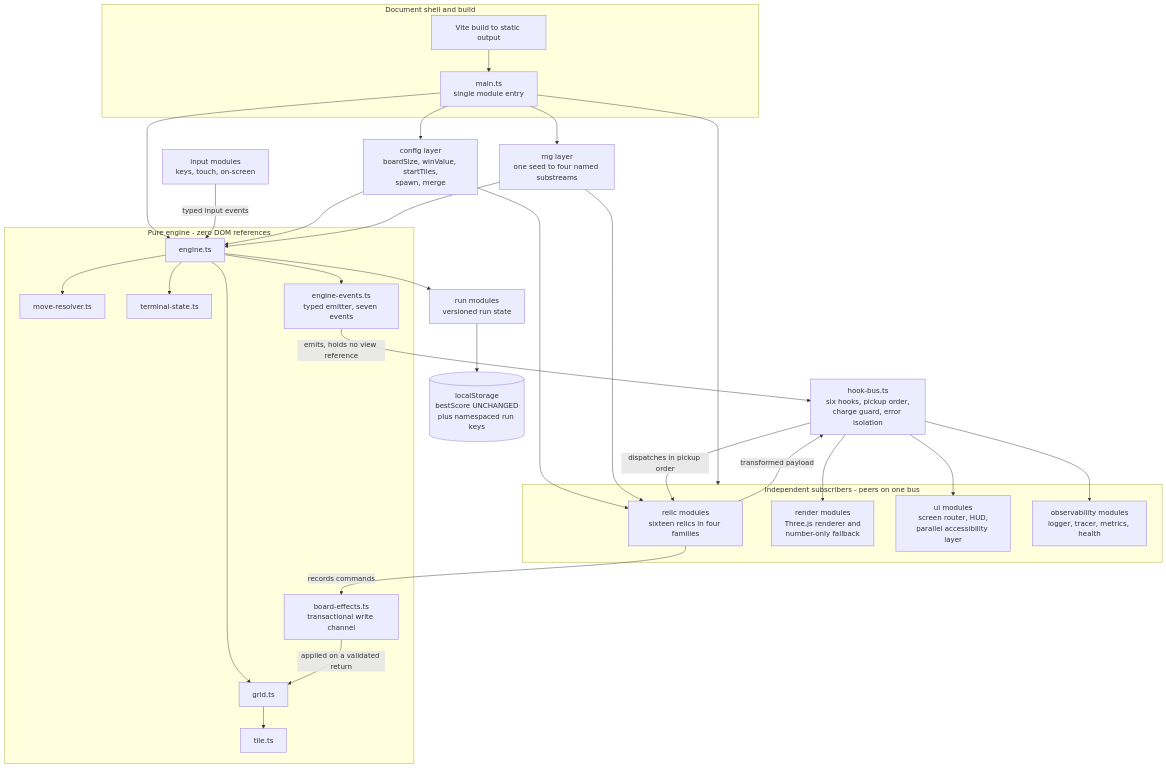
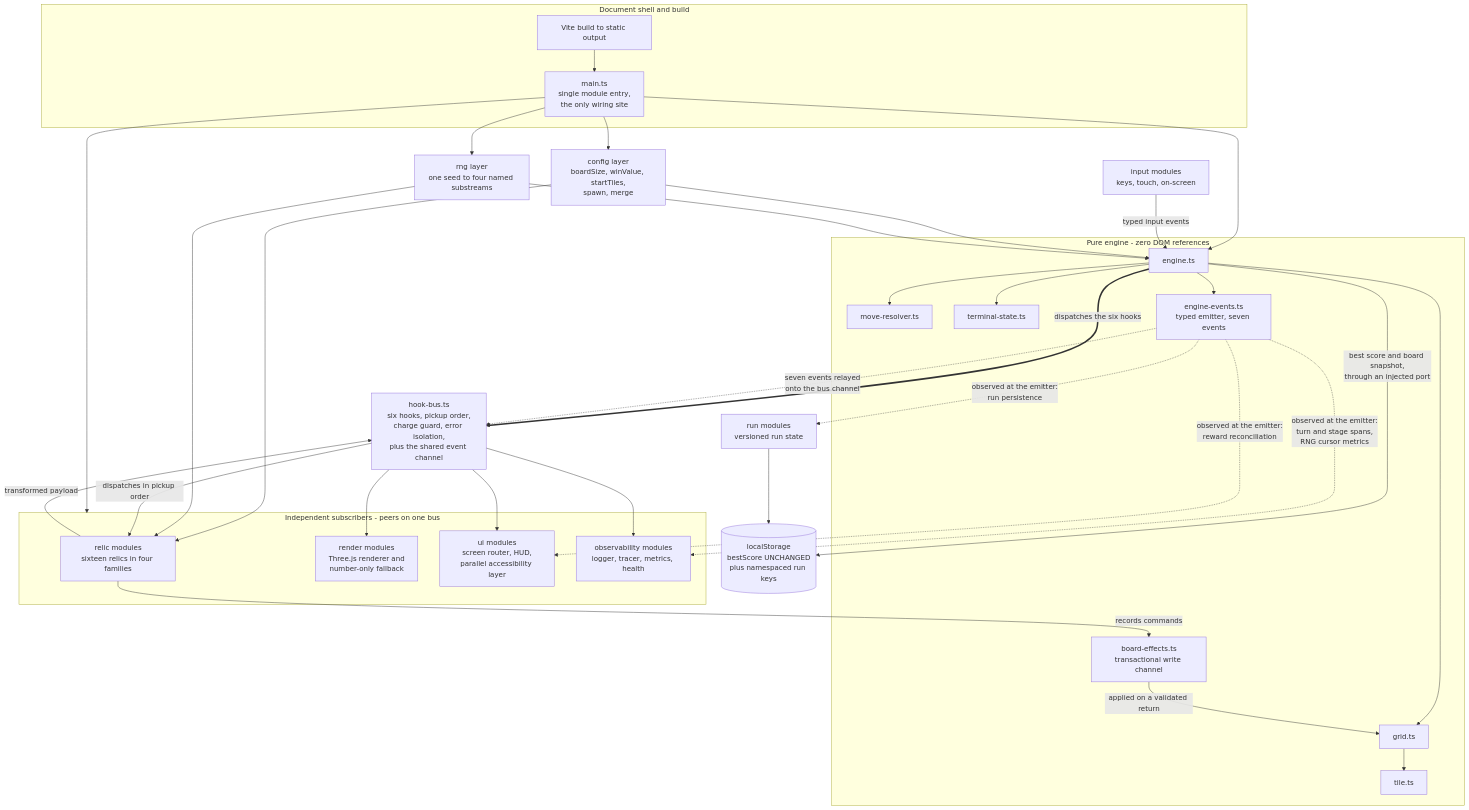
The second of 2 diagrams in docs/architecture/ARCHITECTURE.md (blitzy-public-samples/2048), drawn with Mermaid before and after one commit. The commit also changed other lines of this file and 109 other files, not shown here.

First line of the commit message:
Harden the recorded-gameplay gate, the stage and run domain, and the observability surfaces

````diff
--- a/docs/architecture/ARCHITECTURE.md
+++ b/docs/architecture/ARCHITECTURE.md
@@ -116,53 +116,57 @@
 ```mermaid
 graph TD
   subgraph Shell["Document shell and build"]
-    ENTRY["main.ts<br/>single module entry"]
+    ENTRY["main.ts<br/>single module entry,<br/>the only wiring site"]
     VITE["Vite build to static output"]
   end
   subgraph Core["Pure engine - zero DOM references"]
     ENG["engine.ts"]
     MR["move-resolver.ts"]
     TERM["terminal-state.ts"]
     G2["grid.ts"]
     T2["tile.ts"]
     EV["engine-events.ts<br/>typed emitter, seven events"]
     BE["board-effects.ts<br/>transactional write channel"]
   end
-  BUS["hook-bus.ts<br/>six hooks, pickup order,<br/>charge guard, error isolation"]
+  BUS["hook-bus.ts<br/>six hooks, pickup order,<br/>charge guard, error isolation,<br/>plus the shared event channel"]
   CFG["config layer<br/>boardSize, winValue, startTiles,<br/>spawn, merge"]
   RNG["rng layer<br/>one seed to four named substreams"]
   subgraph Subscribers["Independent subscribers - peers on one bus"]
     REL["relic modules<br/>sixteen relics in four families"]
     REND["render modules<br/>Three.js renderer and<br/>number-only fallback"]
     UI["ui modules<br/>screen router, HUD,<br/>parallel accessibility layer"]
     OBS["observability modules<br/>logger, tracer, metrics, health"]
   end
   RUN["run modules<br/>versioned run state"]
   IN["input modules<br/>keys, touch, on-screen"]
   STORE2[("localStorage<br/>bestScore UNCHANGED<br/>plus namespaced run keys")]
   ENTRY --> CFG
   ENTRY --> RNG
   ENTRY --> ENG
   ENTRY --> Subscribers
   VITE --> ENTRY
   IN -->|"typed input events"| ENG
   ENG --> MR
   ENG --> TERM
   ENG --> G2
   G2 --> T2
   CFG --> ENG
   CFG --> REL
   RNG --> ENG
   RNG --> REL
+  ENG ==>|"dispatches the six hooks"| BUS
   ENG --> EV
-  EV -->|"emits, holds no view reference"| BUS
+  EV -.->|"seven events relayed<br/>onto the bus channel"| BUS
   BUS -->|"dispatches in pickup order"| REL
   BUS --> REND
   BUS --> UI
   BUS --> OBS
   REL -->|"transformed payload"| BUS
   REL -->|"records commands"| BE
   BE -->|"applied on a validated return"| G2
-  ENG --> RUN
+  EV -.->|"observed at the emitter:<br/>turn and stage spans,<br/>RNG cursor metrics"| OBS
+  EV -.->|"observed at the emitter:<br/>run persistence"| RUN
+  EV -.->|"observed at the emitter:<br/>reward reconciliation"| UI
+  ENG -->|"best score and board snapshot,<br/>through an injected port"| STORE2
   RUN --> STORE2
 ```
````
